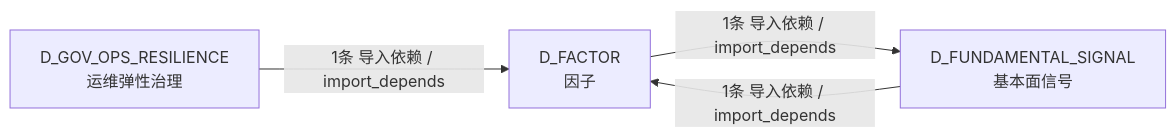
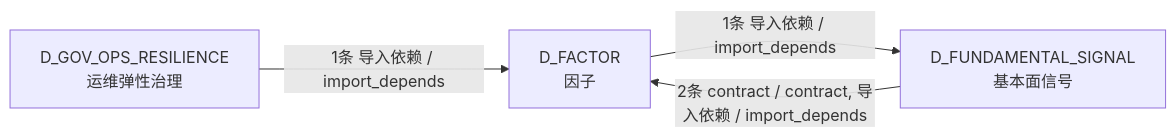
The fourth of 4 diagrams in docs/02_enterprise_architecture/02_domain_architecture_docs/36_d_factor.md (xuanFelixVan/ZephyrAlpha), drawn with Mermaid before and after one commit. The commit also changed other lines of this file and 80 other files, not shown here.

````diff
--- a/docs/02_enterprise_architecture/02_domain_architecture_docs/36_d_factor.md
+++ b/docs/02_enterprise_architecture/02_domain_architecture_docs/36_d_factor.md
@@ -167,9 +170,9 @@
 ```mermaid
 graph LR
     D_FACTOR["D_FACTOR<br/>因子"]
     D_FUNDAMENTAL_SIGNAL["D_FUNDAMENTAL_SIGNAL<br/>基本面信号"]
     D_GOV_OPS_RESILIENCE["D_GOV_OPS_RESILIENCE<br/>运维弹性治理"]
     D_FACTOR -->|1条 导入依赖 / import_depends| D_FUNDAMENTAL_SIGNAL
-    D_FUNDAMENTAL_SIGNAL -->|1条 导入依赖 / import_depends| D_FACTOR
+    D_FUNDAMENTAL_SIGNAL -->|2条 contract / contract, 导入依赖 / import_depends| D_FACTOR
     D_GOV_OPS_RESILIENCE -->|1条 导入依赖 / import_depends| D_FACTOR
 ```
````
